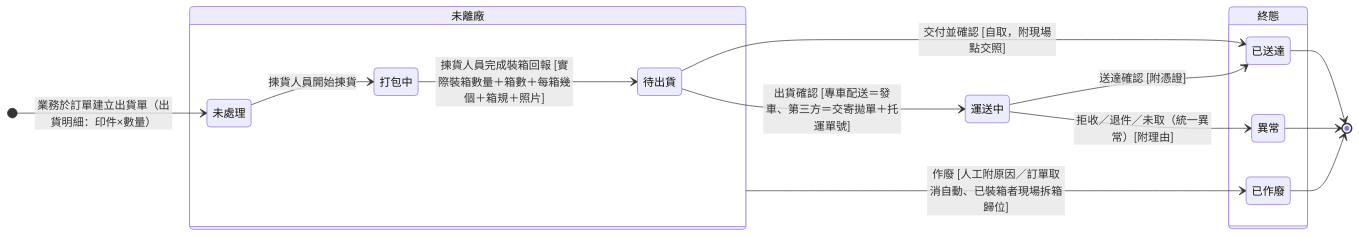
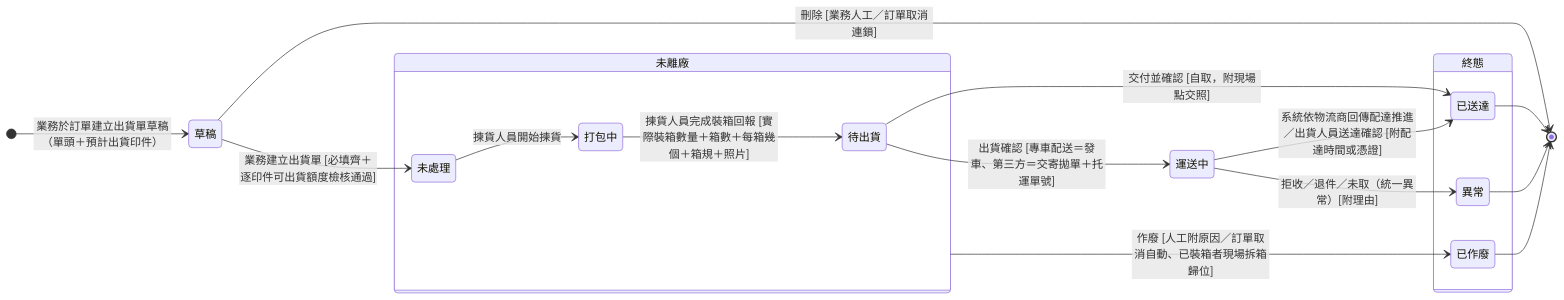
Before and after one commit to Kawato-Miles/erp-spec: the diagram in memory/Sens_wiki/wiki/erp/06-state-machines/出貨單狀態.md, drawn with Mermaid. The commit also changed other lines of this file and 26 other files, not shown here.

````diff
--- a/memory/Sens_wiki/wiki/erp/06-state-machines/出貨單狀態.md
+++ b/memory/Sens_wiki/wiki/erp/06-state-machines/出貨單狀態.md
@@ -41,34 +42,38 @@
 ```mermaid
 stateDiagram-v2
     direction LR
 
-    [*] --> s_pending : 業務於訂單建立出貨單（出貨明細：印件×數量）
+    state "草稿" as s_draft
+
+    [*] --> s_draft : 業務於訂單建立出貨單草稿（單頭＋預計出貨印件）
 
     state "未離廠" as OnSite {
         direction LR
         state "未處理" as s_pending
         state "打包中" as s_packing
         state "待出貨" as s_packed
         s_pending --> s_packing : 揀貨人員開始揀貨
         s_packing --> s_packed : 揀貨人員完成裝箱回報 [實際裝箱數量＋箱數＋每箱幾個＋箱規＋照片]
     }
 
     state "運送中" as s_shipping
 
     state "終態" as Final {
         direction LR
         state "已送達" as s_arrived
         state "異常" as s_failed
         state "已作廢" as s_void
     }
 
+    s_draft --> s_pending : 業務建立出貨單 [必填齊＋逐印件可出貨額度檢核通過]
+    s_draft --> [*] : 刪除 [業務人工／訂單取消連鎖]
     s_packed --> s_shipping : 出貨確認 [專車配送＝發車、第三方＝交寄拋單＋托運單號]
     s_packed --> s_arrived : 交付並確認 [自取，附現場點交照]
-    s_shipping --> s_arrived : 送達確認 [附憑證]
+    s_shipping --> s_arrived : 系統依物流商回傳配達推進／出貨人員送達確認 [附配達時間或憑證]
     s_shipping --> s_failed : 拒收／退件／未取（統一異常）[附理由]
     OnSite --> s_void : 作廢 [人工附原因／訂單取消自動、已裝箱者現場拆箱歸位]
 
     s_arrived --> [*]
     s_failed --> [*]
     s_void --> [*]
 ```
````
